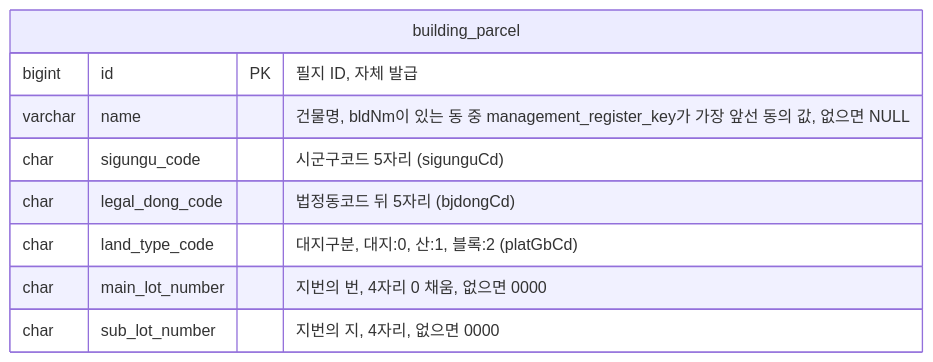
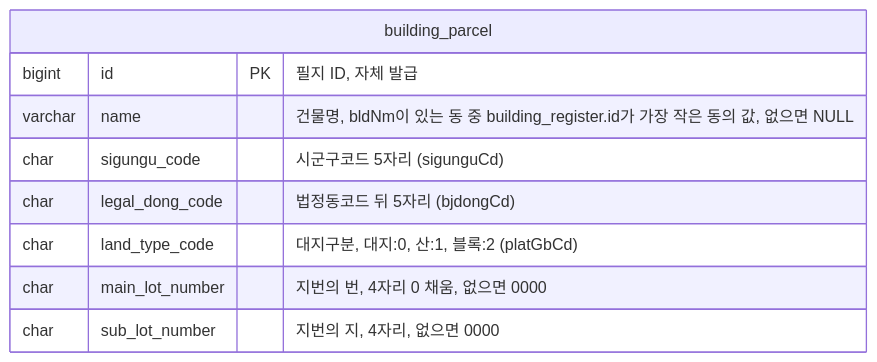
One commit to f-lab-edu/jipsee changed the third of 8 diagrams in docs/erd.md. Above: the diagram before and after it, drawn with Mermaid. The commit also changed other lines of this file and 1 other file, not shown here.

Commit message:
docs: 동이 없는 필지 처리와 필지 이름 재계산 기준 명시

````diff
--- a/docs/erd.md
+++ b/docs/erd.md
@@ -55,12 +55,12 @@
 ```mermaid
 erDiagram
     building_parcel {
         bigint id PK "필지 ID, 자체 발급"
-        varchar name "건물명, bldNm이 있는 동 중 management_register_key가 가장 앞선 동의 값, 없으면 NULL"
+        varchar name "건물명, bldNm이 있는 동 중 building_register.id가 가장 작은 동의 값, 없으면 NULL"
         char sigungu_code "시군구코드 5자리 (sigunguCd)"
         char legal_dong_code "법정동코드 뒤 5자리 (bjdongCd)"
         char land_type_code "대지구분, 대지:0, 산:1, 블록:2 (platGbCd)"
         char main_lot_number "지번의 번, 4자리 0 채움, 없으면 0000"
         char sub_lot_number "지번의 지, 4자리, 없으면 0000"
     }
 ```
````
